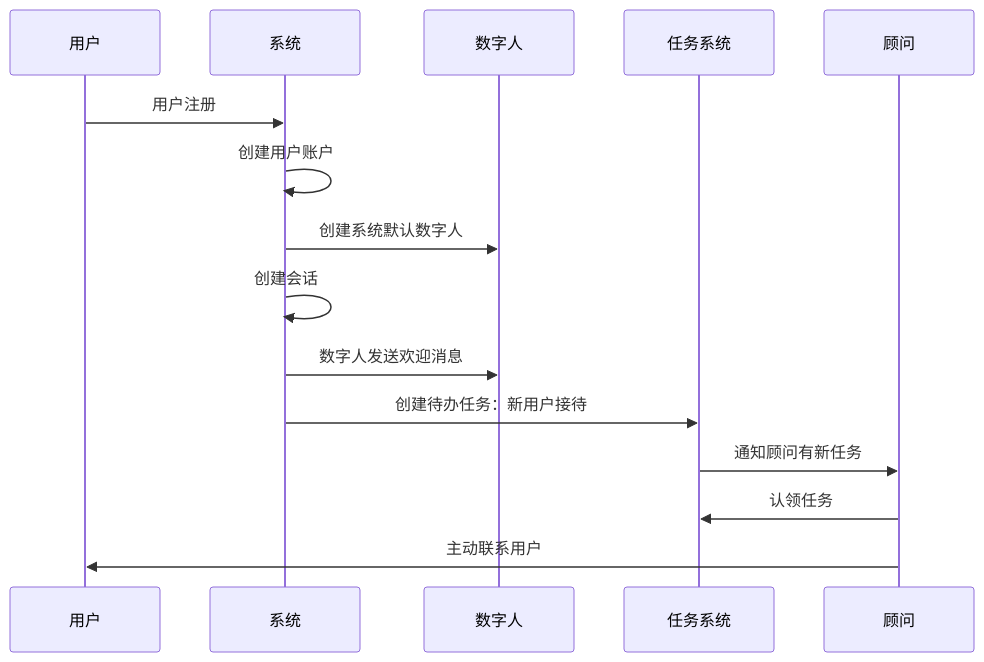
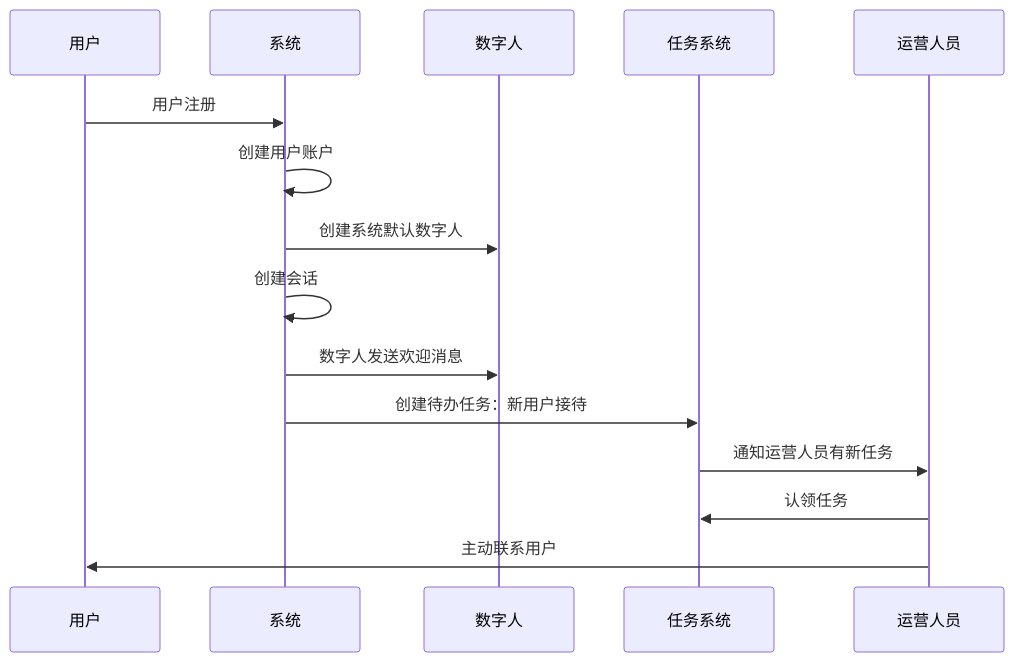
One commit to maven-gavin/AnmeiSmart changed the diagram in docs/digital-human-system-prd.md. Above: the diagram before and after it, drawn with Mermaid. The commit also changed other lines of this file and 43 other files, not shown here.

First line of the commit message:
Refactor AI service architecture and remove beauty plan functionality

````diff
--- a/docs/digital-human-system-prd.md
+++ b/docs/digital-human-system-prd.md
@@ -530,18 +530,18 @@
 ```mermaid
 sequenceDiagram
     participant U as 用户
     participant S as 系统
     participant DH as 数字人
     participant T as 任务系统
-    participant C as 顾问
+    participant C as 运营人员
 
     U->>S: 用户注册
     S->>S: 创建用户账户
     S->>DH: 创建系统默认数字人
     S->>S: 创建会话
     S->>DH: 数字人发送欢迎消息
     S->>T: 创建待办任务：新用户接待
-    T->>C: 通知顾问有新任务
+    T->>C: 通知运营人员有新任务
     C->>T: 认领任务
     C->>U: 主动联系用户
 ```
````
